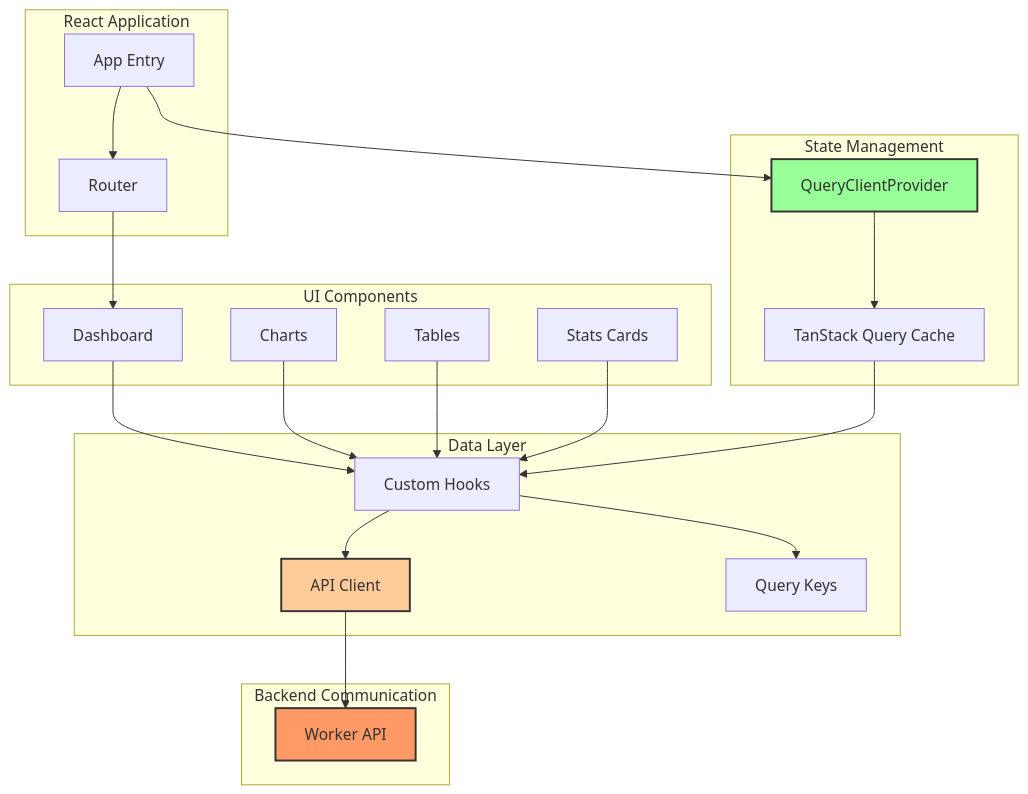
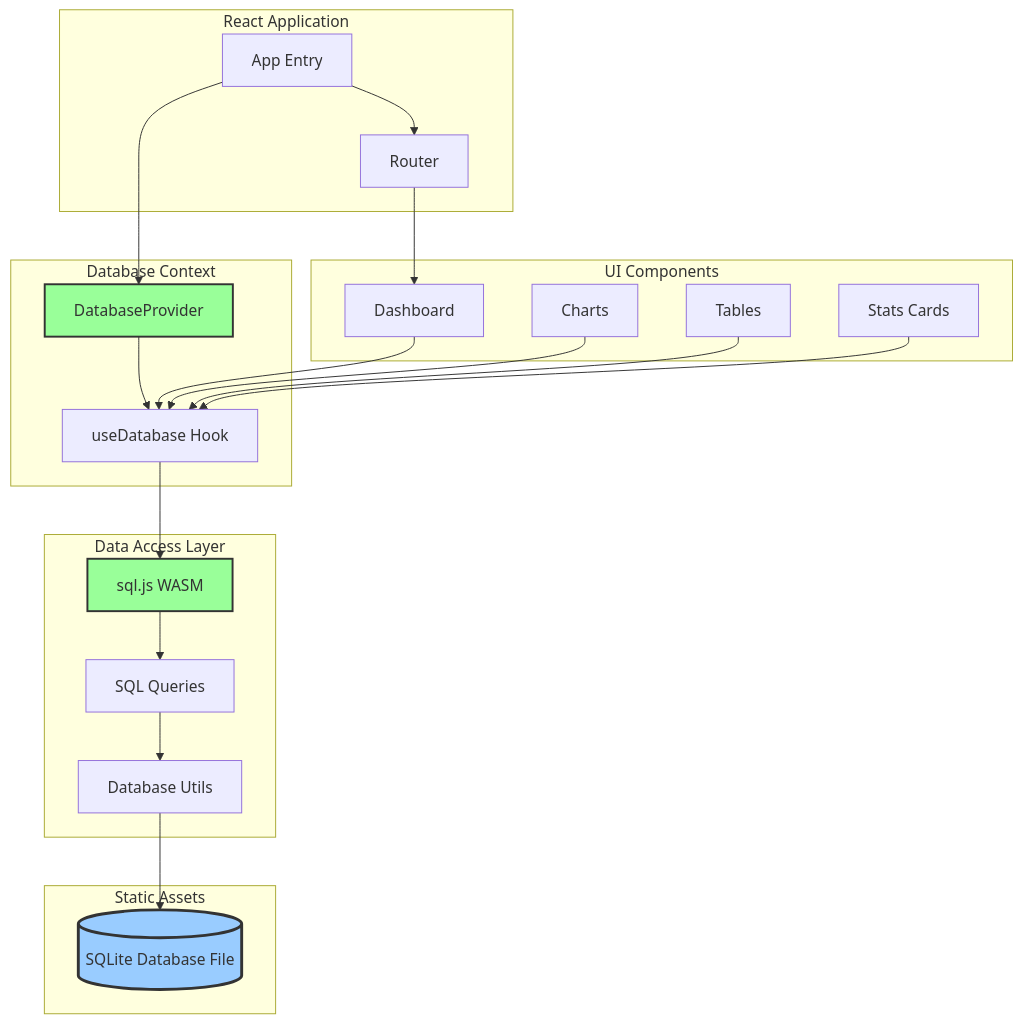
One commit to ZephyrCloudIO/ze-benchmarks changed the eighth of 19 diagrams in ARCHITECTURE.md. Above: the diagram before and after it, drawn with Mermaid. The commit also changed other lines of this file and 10 other files, not shown here.

````diff
--- a/ARCHITECTURE.md
+++ b/ARCHITECTURE.md
@@ -450,46 +322,46 @@
 ```mermaid
 graph TB
     subgraph "React Application"
         A[App Entry]
         B[Router]
     end
 
-    subgraph "State Management"
-        C[QueryClientProvider]
-        D[TanStack Query Cache]
+    subgraph "Database Context"
+        C[DatabaseProvider]
+        D[useDatabase Hook]
     end
 
-    subgraph "Data Layer"
-        E[API Client]
-        F[Custom Hooks]
-        G[Query Keys]
+    subgraph "Data Access Layer"
+        E[sql.js WASM]
+        F[SQL Queries]
+        G[Database Utils]
     end
 
     subgraph "UI Components"
         H1[Dashboard]
         H2[Charts]
         H3[Tables]
         H4[Stats Cards]
     end
 
-    subgraph "Backend Communication"
-        I[Worker API]
+    subgraph "Static Assets"
+        I[(SQLite Database File)]
     end
 
     A --> B
     A --> C
     C --> D
     B --> H1
-    H1 --> F
-    H2 --> F
-    H3 --> F
-    H4 --> F
-    F --> E
+    H1 --> D
+    H2 --> D
+    H3 --> D
+    H4 --> D
+    D --> E
+    E --> F
     F --> G
-    E --> I
-    D --> F
+    G --> I
 
     style C fill:#9f9,stroke:#333,stroke-width:2px
-    style E fill:#fc9,stroke:#333,stroke-width:2px
-    style I fill:#f96,stroke:#333,stroke-width:2px
+    style E fill:#9f9,stroke:#333,stroke-width:2px
+    style I fill:#9cf,stroke:#333,stroke-width:3px
 ```
````
